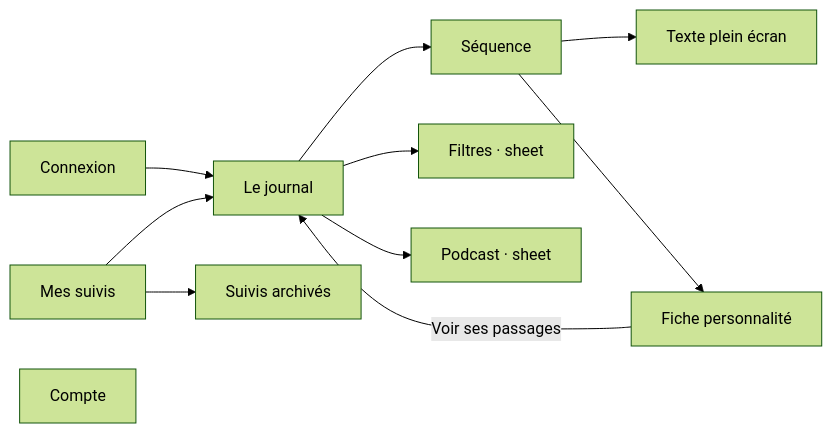
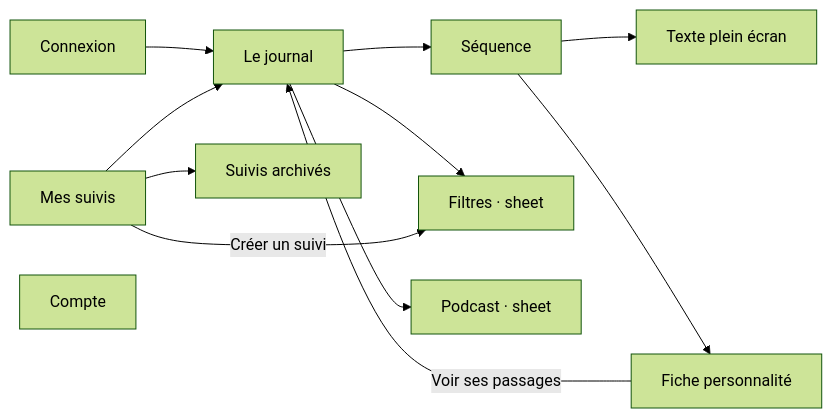
The diagram in aidd_docs/memory/navigation.md (sutter/infometrie-ios-app), drawn with Mermaid (forest theme) before and after one commit. The commit also changed other lines of this file and 6 other files, not shown here.

````diff
--- a/aidd_docs/memory/navigation.md
+++ b/aidd_docs/memory/navigation.md
@@ -15,13 +15,14 @@
 ```mermaid
 flowchart LR
     Login["Connexion"] --> Feed["Le journal"]
     Feed --> Sequence["Séquence"]
     Sequence --> Fullscreen["Texte plein écran"]
     Sequence --> Person["Fiche personnalité"]
     Person -->|Voir ses passages| Feed
     Feed --> Filters["Filtres · sheet"]
     Feed --> Podcast["Podcast · sheet"]
     Saved["Mes suivis"] --> Feed
     Saved --> Archived["Suivis archivés"]
+    Saved -->|Créer un suivi| Filters
     Account["Compte"]
 ```
````
